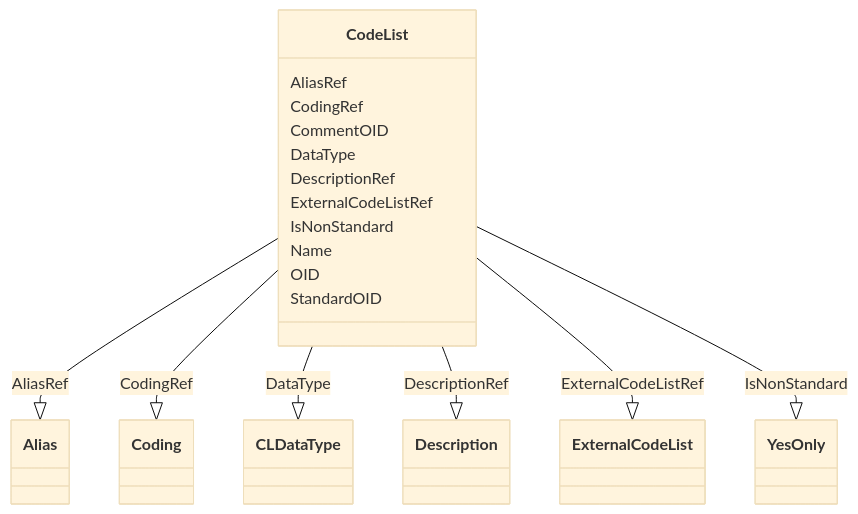
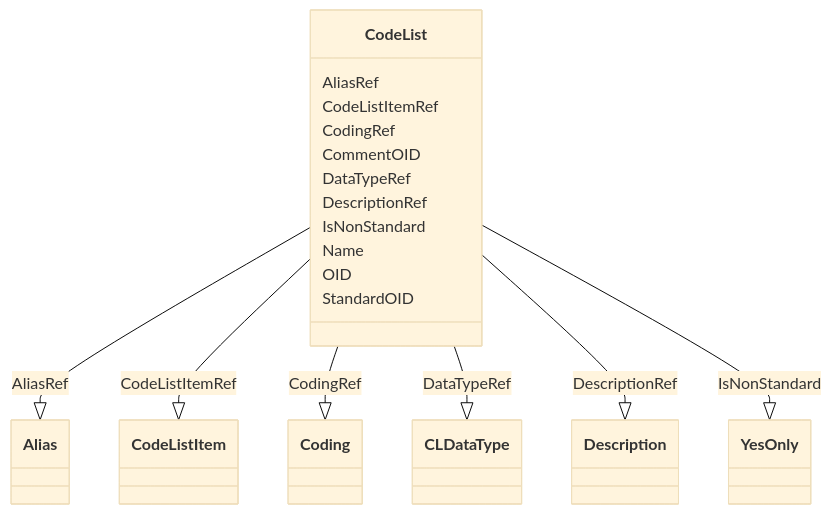
Before and after one commit to cdisc-org/DataExchange-ODM-LinkML: the diagram in docs/CodeList.md, drawn with Mermaid (base theme). The commit also changed other lines of this file and 398 other files, not shown here.

Commit message:
refreshing for latest updates to schema

````diff
--- a/docs/CodeList.md
+++ b/docs/CodeList.md
@@ -9,37 +9,37 @@
 ```mermaid
  classDiagram
     class CodeList
       CodeList : AliasRef
         
           CodeList --|> Alias : AliasRef
         
+      CodeList : CodeListItemRef
+        
+          CodeList --|> CodeListItem : CodeListItemRef
+        
       CodeList : CodingRef
         
           CodeList --|> Coding : CodingRef
         
       CodeList : CommentOID
         
-      CodeList : DataType
+      CodeList : DataTypeRef
         
-          CodeList --|> CLDataType : DataType
+          CodeList --|> CLDataType : DataTypeRef
         
       CodeList : DescriptionRef
         
           CodeList --|> Description : DescriptionRef
-        
-      CodeList : ExternalCodeListRef
-        
-          CodeList --|> ExternalCodeList : ExternalCodeListRef
         
       CodeList : IsNonStandard
         
           CodeList --|> YesOnly : IsNonStandard
         
       CodeList : Name
         
       CodeList : OID
         
       CodeList : StandardOID
         
       
 ```
````
